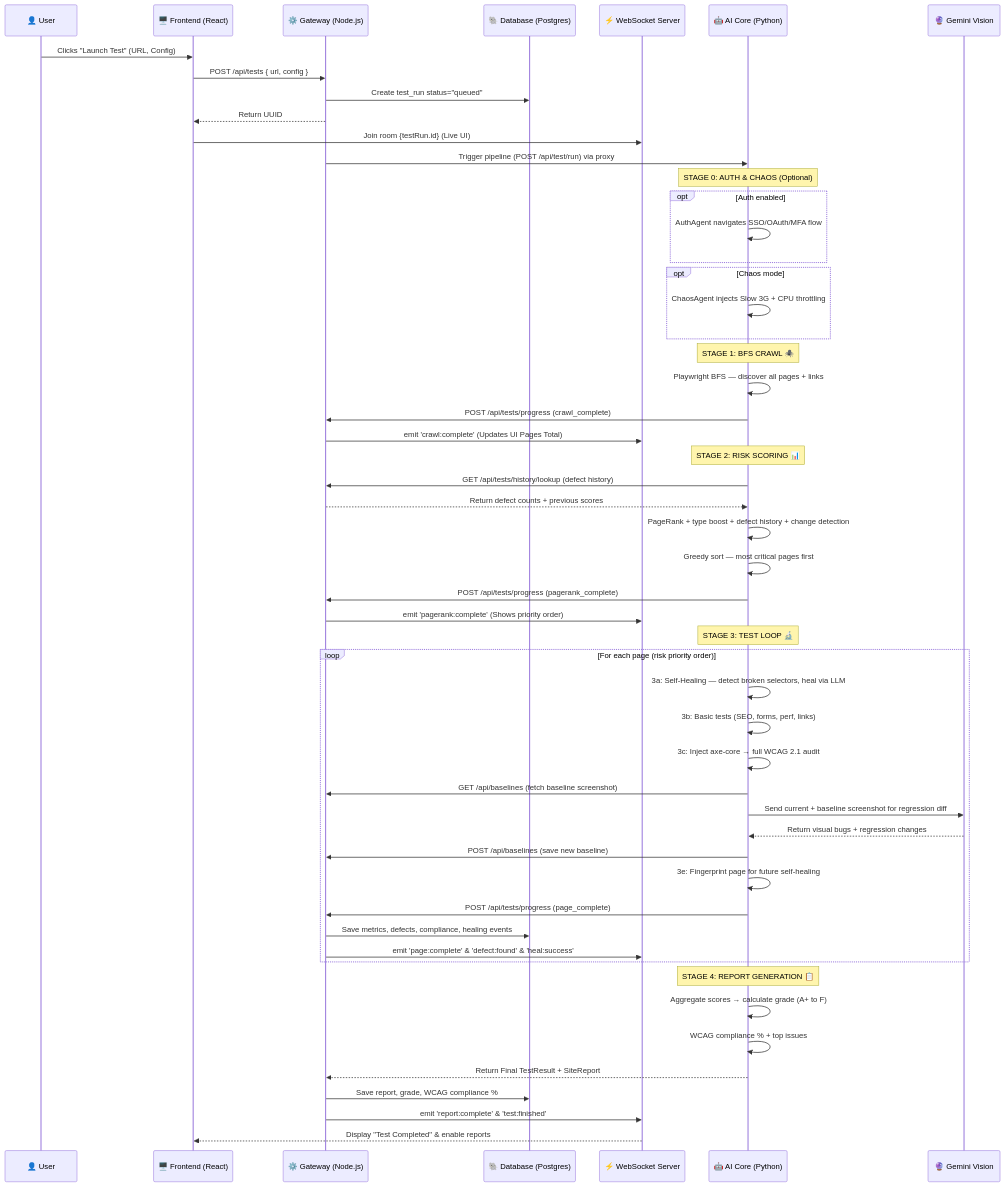
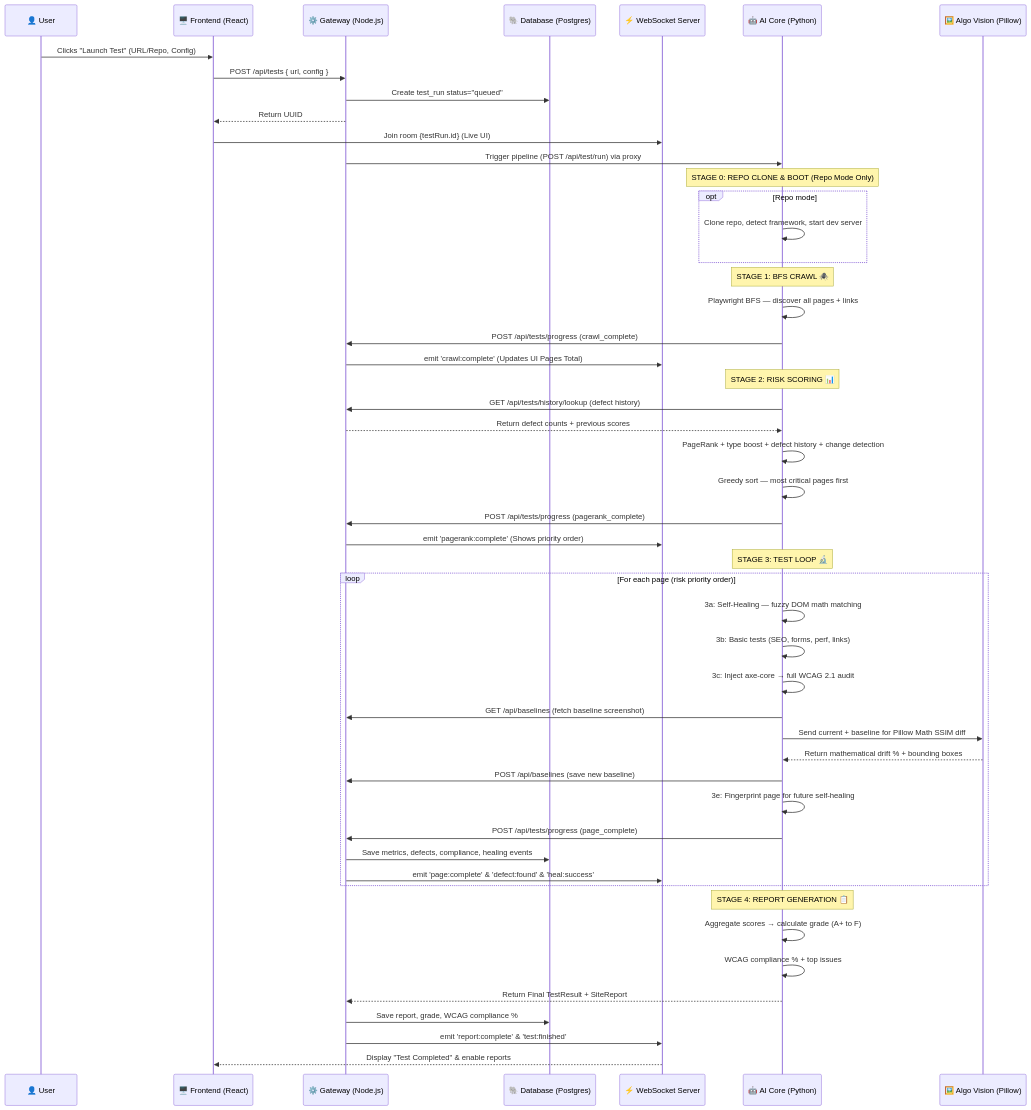
Before and after one commit to rohith2157/BUGZERO: the second of 7 diagrams in README.md, drawn with Mermaid. The commit also changed other lines of this file and 16 other files, not shown here.

Commit message:
feat: implement AI core orchestrator, repository server, and element healing map storage with initial UI integration.

````diff
--- a/README.md
+++ b/README.md
@@ -139,61 +139,58 @@
 ```mermaid
 sequenceDiagram
     participant U as 👤 User
     participant F as 🖥️ Frontend (React)
     participant G as ⚙️ Gateway (Node.js)
     participant DB as 🐘 Database (Postgres)
     participant W as ⚡ WebSocket Server
     participant A as 🤖 AI Core (Python)
-    participant Gem as 🔮 Gemini Vision
+    participant Vis as 🖼️ Algo Vision (Pillow)
 
-    U->>F: Clicks "Launch Test" (URL, Config)
+    U->>F: Clicks "Launch Test" (URL/Repo, Config)
     F->>G: POST /api/tests { url, config }
     G->>DB: Create test_run status="queued"
     G-->>F: Return UUID
     F->>W: Join room {testRun.id} (Live UI)
     G->>A: Trigger pipeline (POST /api/test/run) via proxy
   
-    note over A: STAGE 0: AUTH & CHAOS (Optional)
-    opt Auth enabled
-        A->>A: AuthAgent navigates SSO/OAuth/MFA flow
-    end
-    opt Chaos mode
-        A->>A: ChaosAgent injects Slow 3G + CPU throttling
+    note over A: STAGE 0: REPO CLONE & BOOT (Repo Mode Only)
+    opt Repo mode
+        A->>A: Clone repo, detect framework, start dev server
     end
   
     note over A: STAGE 1: BFS CRAWL 🕷️
     A->>A: Playwright BFS — discover all pages + links
     A->>G: POST /api/tests/progress (crawl_complete)
     G->>W: emit 'crawl:complete' (Updates UI Pages Total)
   
     note over A: STAGE 2: RISK SCORING 📊
     A->>G: GET /api/tests/history/lookup (defect history)
     G-->>A: Return defect counts + previous scores
     A->>A: PageRank + type boost + defect history + change detection
     A->>A: Greedy sort — most critical pages first
     A->>G: POST /api/tests/progress (pagerank_complete)
     G->>W: emit 'pagerank:complete' (Shows priority order)
   
     note over A: STAGE 3: TEST LOOP 🔬
     loop For each page (risk priority order)
-        A->>A: 3a: Self-Healing — detect broken selectors, heal via LLM
+        A->>A: 3a: Self-Healing — fuzzy DOM math matching
         A->>A: 3b: Basic tests (SEO, forms, perf, links)
         A->>A: 3c: Inject axe-core → full WCAG 2.1 audit
         A->>G: GET /api/baselines (fetch baseline screenshot)
-        A->>Gem: Send current + baseline screenshot for regression diff
-        Gem-->>A: Return visual bugs + regression changes
+        A->>Vis: Send current + baseline for Pillow Math SSIM diff
+        Vis-->>A: Return mathematical drift % + bounding boxes
         A->>G: POST /api/baselines (save new baseline)
         A->>A: 3e: Fingerprint page for future self-healing
         A->>G: POST /api/tests/progress (page_complete)
         G->>DB: Save metrics, defects, compliance, healing events
         G->>W: emit 'page:complete' & 'defect:found' & 'heal:success'
     end
   
     note over A: STAGE 4: REPORT GENERATION 📋
     A->>A: Aggregate scores → calculate grade (A+ to F)
     A->>A: WCAG compliance % + top issues
     A-->>G: Return Final TestResult + SiteReport
     G->>DB: Save report, grade, WCAG compliance %
     G->>W: emit 'report:complete' & 'test:finished'
     W-->>F: Display "Test Completed" & enable reports
 ```
````
